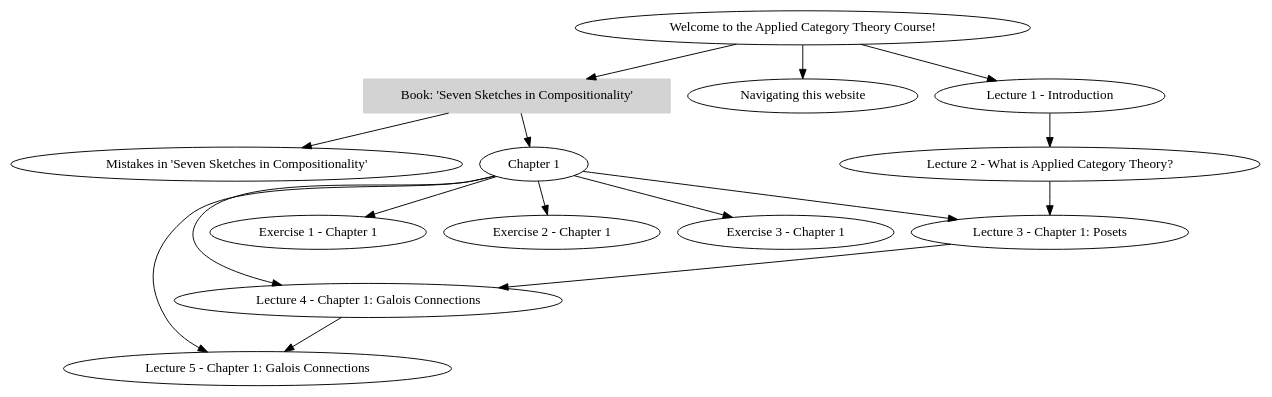
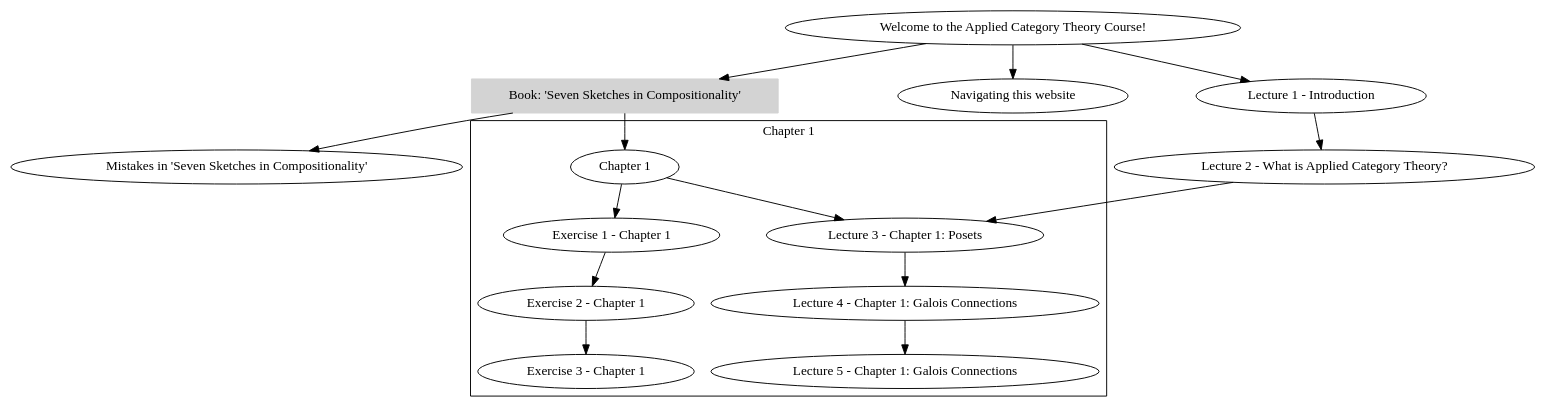
Before and after one commit to sfinnie/CategoryTheoryCourseNotes: the diagram in courseStructure/courseStructure.dot, drawn with Graphviz. The commit also changed 1 other file, not shown here.

Commit message:
use subgraph to simplify chapter 1 structure

```diff
--- a/courseStructure/courseStructure.dot
+++ b/courseStructure/courseStructure.dot
@@ -1,19 +1,22 @@
 digraph G {
 	"Welcome to the Applied Category Theory Course!" -> "Book: 'Seven Sketches in Compositionality'"
 	"Welcome to the Applied Category Theory Course!" -> "Navigating this website"
 	"Book: 'Seven Sketches in Compositionality'" -> "Mistakes in 'Seven Sketches in Compositionality'"
 	"Book: 'Seven Sketches in Compositionality'" -> "Chapter 1"
 	"Welcome to the Applied Category Theory Course!" -> "Lecture 1 - Introduction"
 	"Lecture 1 - Introduction" -> "Lecture 2 - What is Applied Category Theory?"
 	"Lecture 2 - What is Applied Category Theory?" -> "Lecture 3 - Chapter 1: Posets"
-	"Chapter 1" -> "Lecture 3 - Chapter 1: Posets"
-	"Lecture 3 - Chapter 1: Posets" -> "Lecture 4 - Chapter 1: Galois Connections"
-	"Chapter 1" ->"Lecture 4 - Chapter 1: Galois Connections" 
-	"Lecture 4 - Chapter 1: Galois Connections" -> "Lecture 5 - Chapter 1: Galois Connections"
-	"Chapter 1" -> "Lecture 5 - Chapter 1: Galois Connections"
-	"Chapter 1" -> "Exercise 1 - Chapter 1"
-	"Chapter 1" -> "Exercise 2 - Chapter 1"
-	"Chapter 1" -> "Exercise 3 - Chapter 1"
 
-	"Book: 'Seven Sketches in Compositionality'" [shape=box,style=filled,color=lightgrey]
+	subgraph cluster_chapter1 {
+		label="Chapter 1"
+		shape=box
+		"Chapter 1" -> "Lecture 3 - Chapter 1: Posets"
+		"Chapter 1" -> "Exercise 1 - Chapter 1"
+		"Exercise 1 - Chapter 1" -> "Exercise 2 - Chapter 1"
+		"Exercise 2 - Chapter 1" -> "Exercise 3 - Chapter 1"
+		"Lecture 3 - Chapter 1: Posets" -> "Lecture 4 - Chapter 1: Galois Connections"
+		"Lecture 4 - Chapter 1: Galois Connections" -> "Lecture 5 - Chapter 1: Galois Connections"
+	}
+
+	"Book: 'Seven Sketches in Compositionality'" [href="https://arxiv.org/pdf/1803.05316.pdf",shape=box,style=filled,color=lightgrey]
 }
```
